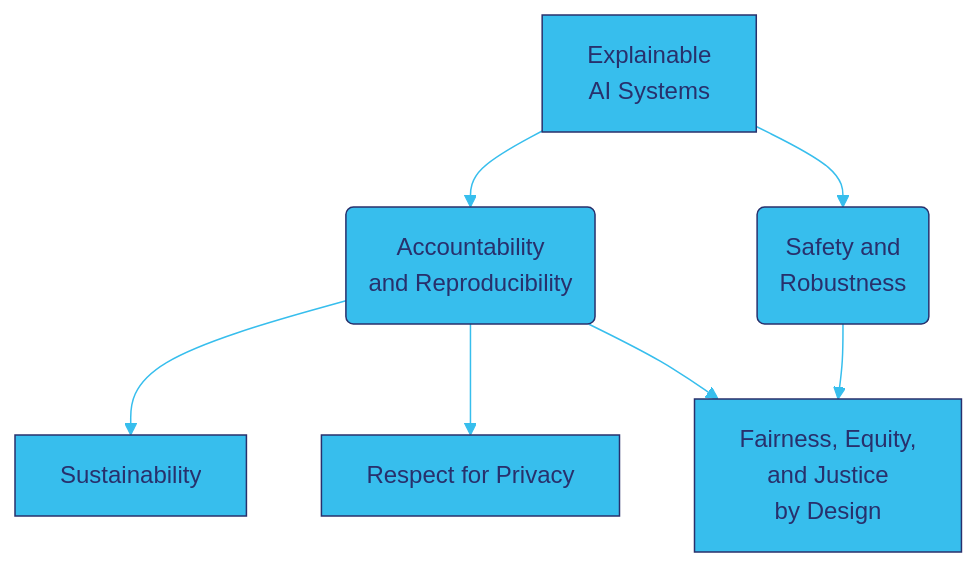
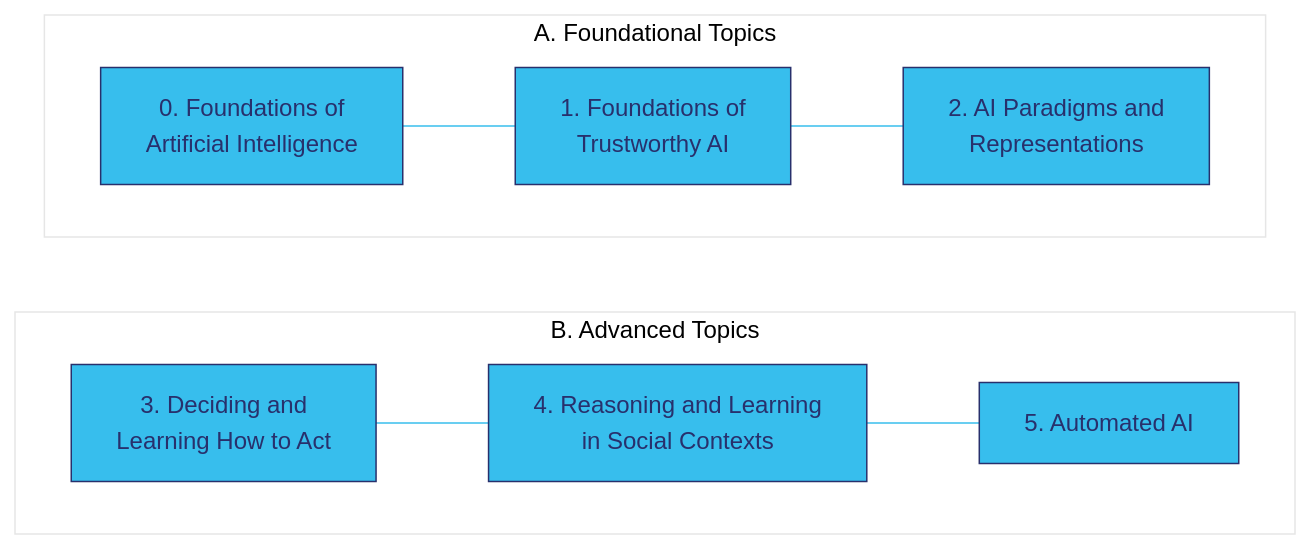
The diagram in index.qmd (TAILOR-UoB/mooc_trustworthy_ai), drawn with Mermaid before and after one commit. The commit also changed other lines of this file and 17 other files, not shown here.

````diff
--- a/index.qmd
+++ b/index.qmd
@@ -21,22 +24,26 @@
 ```{mermaid}
 %%{
   init: {
     'theme': 'base',
     'themeVariables': {
       'primaryColor': '#37BEED',
       'primaryTextColor': '#28306C',
       'primaryBorderColor': '#28306C',
       'lineColor': '#37BEED',
       'secondaryColor': '#37BEED',
       'tertiaryColor': '#fff'
     }
   }
 }%%
-flowchart TD
-  A[Explainable <br> AI Systems] --> B(Accountability <br> and Reproducibility)
-  A --> C(Safety and <br> Robustness)
-  B --> D[Sustainability]
-  B --> E[Respect for Privacy]
-  B --> F[Fairness, Equity, <br> and Justice <br> by Design]
-  C --> F
+flowchart LR
+  subgraph "B. Advanced Topics"
+    direction LR
+    D["3. Deciding and <br> Learning How to Act"] --- E["4. Reasoning and Learning <br> in Social Contexts"]
+    E --- F["5. Automated AI"]
+  end
+  subgraph "A. Foundational Topics"
+    direction LR
+    A["0. Foundations of <br> Artificial Intelligence"] --- B["1. Foundations of <br> Trustworthy AI"]
+    B --- C["2. AI Paradigms and <br> Representations"]
+  end
 ```
````
